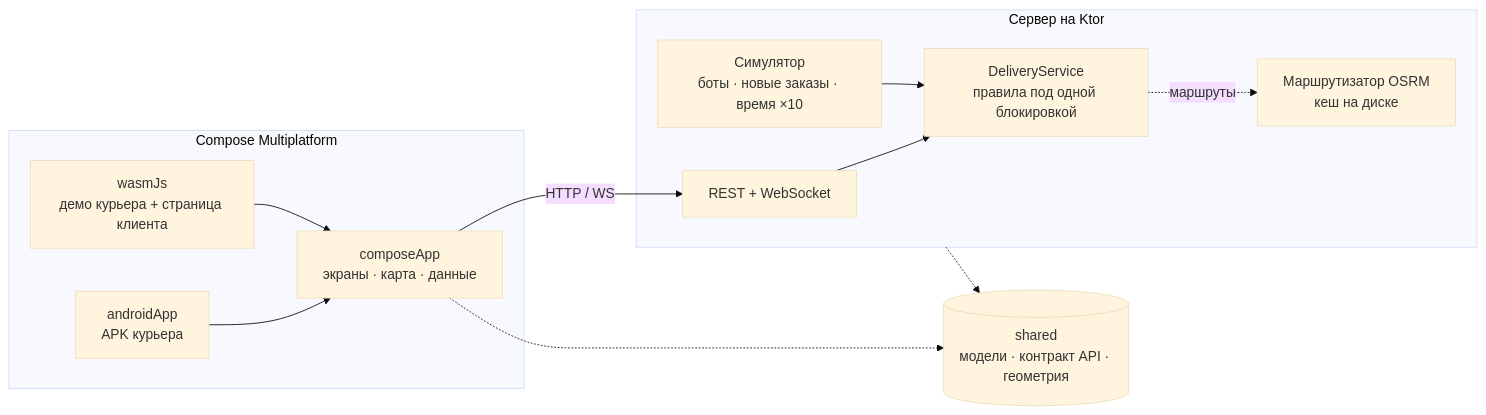
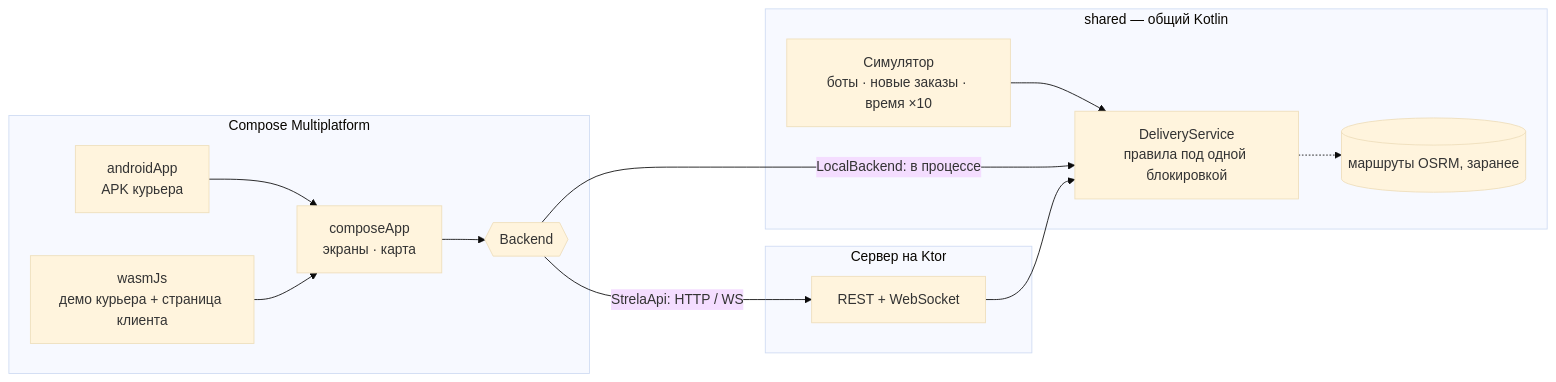
One commit to lobadzip/strela changed the diagram in README.ru.md. Above: the diagram before and after it, drawn with Mermaid (base theme). The commit also changed other lines of this file and 31 other files, not shown here.

````diff
--- a/README.ru.md
+++ b/README.ru.md
@@ -64,23 +68,25 @@
 ```mermaid
 flowchart LR
     subgraph clients [Compose Multiplatform]
         android[androidApp<br/>APK курьера]
         web[wasmJs<br/>демо курьера + страница клиента]
-        ui[composeApp<br/>экраны · карта · данные]
+        ui[composeApp<br/>экраны · карта]
+        backend{{Backend}}
         android --> ui
         web --> ui
+        ui --> backend
+    end
+    subgraph shared [shared — общий Kotlin]
+        rules[DeliveryService<br/>правила под одной блокировкой]
+        sim[Симулятор<br/>боты · новые заказы · время ×10]
+        baked[(маршруты OSRM, заранее)]
+        sim --> rules
+        rules -.-> baked
     end
     subgraph server [Сервер на Ktor]
         api[REST + WebSocket]
-        rules[DeliveryService<br/>правила под одной блокировкой]
-        sim[Симулятор<br/>боты · новые заказы · время ×10]
-        router[Маршрутизатор OSRM<br/>кеш на диске]
-        api --> rules
-        sim --> rules
-        rules -. маршруты .-> router
     end
-    shared[(shared<br/>модели · контракт API · геометрия)]
-    ui -- "HTTP / WS" --> api
-    ui -.-> shared
-    server -.-> shared
+    backend -- "LocalBackend: в процессе" --> rules
+    backend -- "StrelaApi: HTTP / WS" --> api
+    api --> rules
 ```
````
